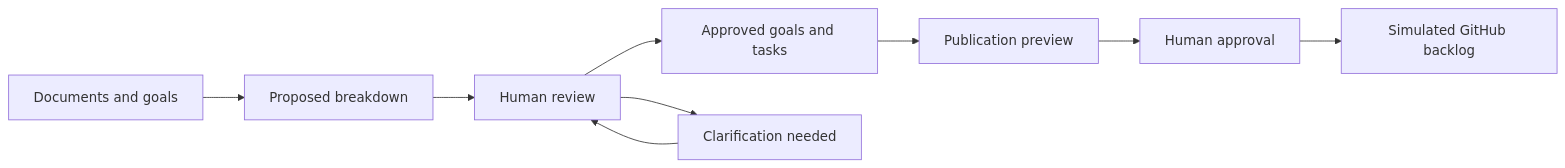
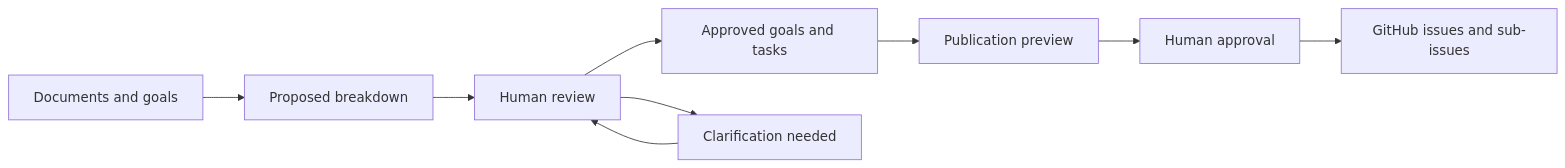
Before and after one commit to ismailfarooq1/i-love-laravel: the diagram in README.md, drawn with Mermaid. The commit also changed other lines of this file and 35 other files, not shown here.

````diff
--- a/README.md
+++ b/README.md
@@ -47,11 +48,11 @@
 ```mermaid
 flowchart LR
     A[Documents and goals] --> B[Proposed breakdown]
     B --> C[Human review]
     C --> D[Approved goals and tasks]
     C --> Q[Clarification needed]
     Q --> C
     D --> E[Publication preview]
     E --> F[Human approval]
-    F --> G[Simulated GitHub backlog]
+    F --> G[GitHub issues and sub-issues]
 ```
````
